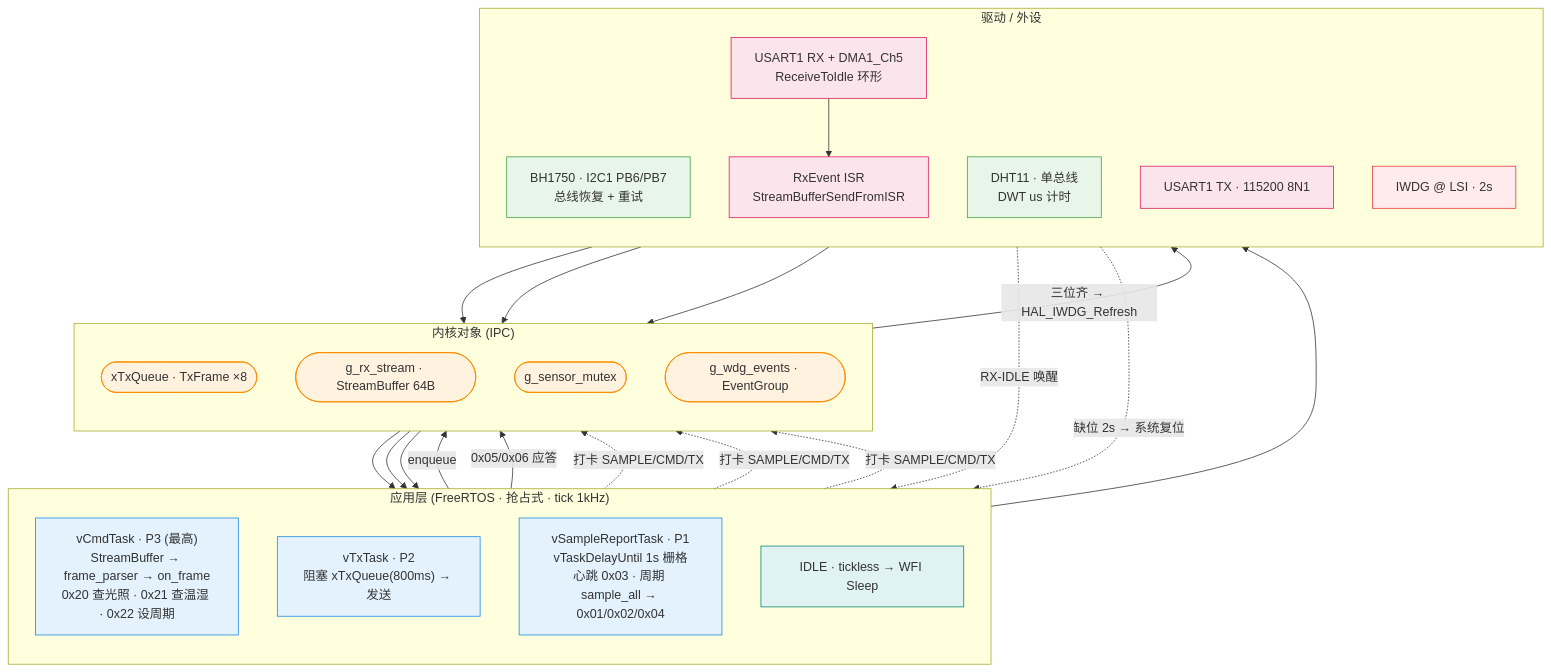
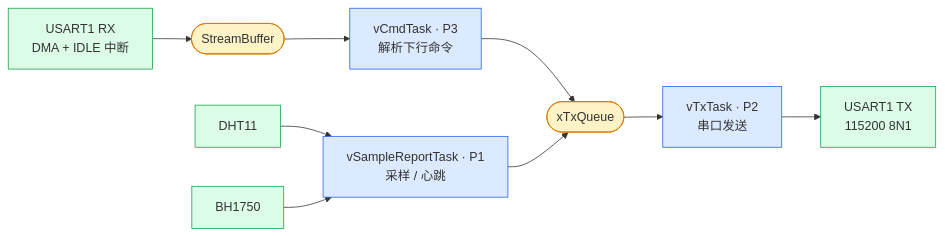
Before and after one commit to manbaaa-out/stm32-learning: the first of 2 diagrams in N6_freertos/README.md, drawn with Mermaid. The commit also changed other lines of this file, not shown here.

Commit message:
docs: 重绘架构图 —— 数据通路 + 全员报到看门狗两张图
- 拆成「数据通路(线性管道)+ 看门狗(扇入)」两张聚焦图,替代原先
  三层叠放、连线交叉的大图
- 单向 LR 布局零交叉;收敛配色到蓝/绿/琥珀/红四色

````diff
--- a/N6_freertos/README.md
+++ b/N6_freertos/README.md
@@ -55,48 +59,22 @@
 ```mermaid
-flowchart TB
-  subgraph APP["应用层 (FreeRTOS · 抢占式 · tick 1kHz)"]
-    direction TB
-    CMDT["vCmdTask · P3 (最高)<br/>StreamBuffer → frame_parser → on_frame<br/>0x20 查光照 · 0x21 查温湿 · 0x22 设周期"]:::task
-    TXT["vTxTask · P2<br/>阻塞 xTxQueue(800ms) → 发送"]:::task
-    SAMP["vSampleReportTask · P1<br/>vTaskDelayUntil 1s 栅格<br/>心跳 0x03 · 周期 sample_all → 0x01/0x02/0x04"]:::task
-    IDLE["IDLE · tickless → WFI Sleep"]:::idle
-  end
-
-  subgraph KOBJ["内核对象 (IPC)"]
-    direction TB
-    TXQ(["xTxQueue · TxFrame ×8"]):::ipc
-    RXS(["g_rx_stream · StreamBuffer 64B"]):::ipc
-    MUX(["g_sensor_mutex"]):::ipc
-    EG(["g_wdg_events · EventGroup"]):::ipc
-  end
-
-  subgraph DRV["驱动 / 外设"]
-    direction TB
-    BH["BH1750 · I2C1 PB6/PB7<br/>总线恢复 + 重试"]:::sens
-    DHT["DHT11 · 单总线<br/>DWT us 计时"]:::sens
-    RXP["USART1 RX + DMA1_Ch5<br/>ReceiveToIdle 环形"]:::hw
-    RXI["RxEvent ISR<br/>StreamBufferSendFromISR"]:::hw
-    TXP["USART1 TX · 115200 8N1"]:::hw
-    IWDG["IWDG @ LSI · 2s"]:::wd
-  end
-
-  BH --> MUX
-  DHT --> MUX
-  MUX --> SAMP
-  SAMP -->|enqueue| TXQ
-  CMDT -->|"0x05/0x06 应答"| TXQ
-  TXQ --> TXT --> TXP
-  RXP --> RXI --> RXS --> CMDT
-  RXI -.->|"RX-IDLE 唤醒"| IDLE
-
-  SAMP & CMDT & TXT -.->|"打卡 SAMPLE/CMD/TX"| EG
-  EG -->|"三位齐 → HAL_IWDG_Refresh"| IWDG
-  IWDG -.->|"缺位 2s → 系统复位"| APP
-
-  classDef task fill:#e3f2fd,stroke:#1e88e5
-  classDef idle fill:#e0f2f1,stroke:#00897b
-  classDef ipc fill:#fff3e0,stroke:#fb8c00
-  classDef sens fill:#e8f5e9,stroke:#43a047
-  classDef hw fill:#fce4ec,stroke:#d81b60
-  classDef wd fill:#ffebee,stroke:#e53935
+flowchart LR
+  DHT["DHT11"]:::sens
+  BH["BH1750"]:::sens
+  RX["USART1 RX<br/>DMA + IDLE 中断"]:::hw
+  RXS(["StreamBuffer"]):::ipc
+  CMD["vCmdTask · P3<br/>解析下行命令"]:::task
+  SAMP["vSampleReportTask · P1<br/>采样 / 心跳"]:::task
+  TXQ(["xTxQueue"]):::ipc
+  TX["vTxTask · P2<br/>串口发送"]:::task
+  OUT["USART1 TX<br/>115200 8N1"]:::hw
+  DHT --> SAMP
+  BH --> SAMP
+  RX --> RXS --> CMD
+  CMD --> TXQ
+  SAMP --> TXQ
+  TXQ --> TX --> OUT
+  classDef sens fill:#dcfce7,stroke:#16a34a
+  classDef hw fill:#dcfce7,stroke:#16a34a
+  classDef ipc fill:#fef3c7,stroke:#d97706
+  classDef task fill:#dbeafe,stroke:#2563eb
 ```
````
